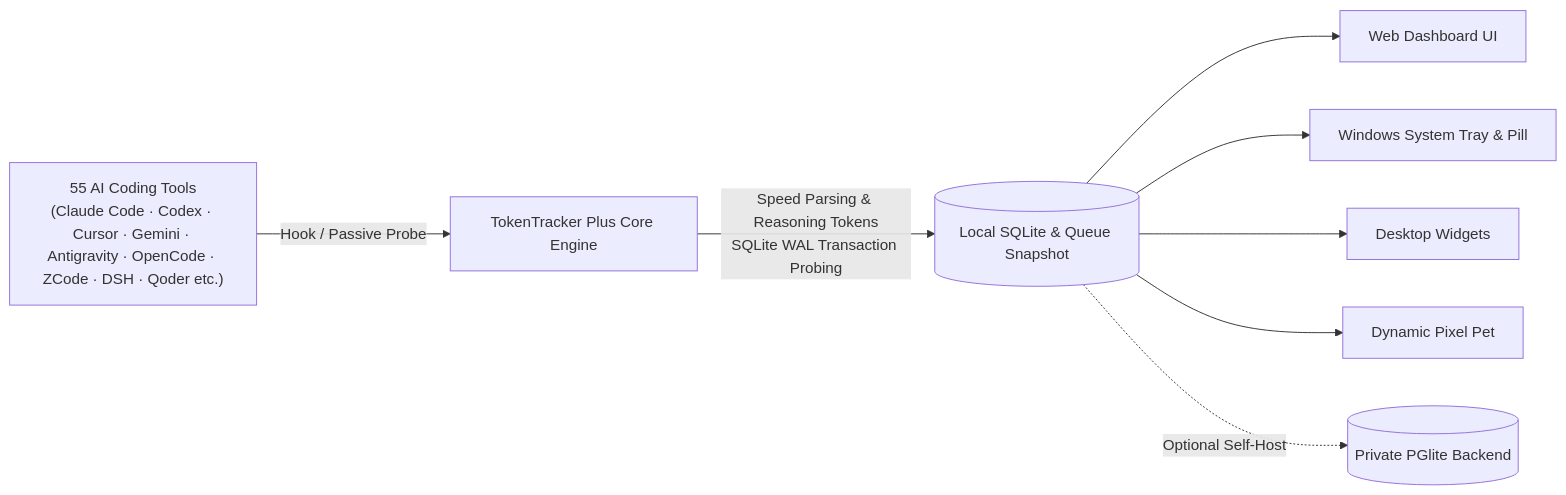
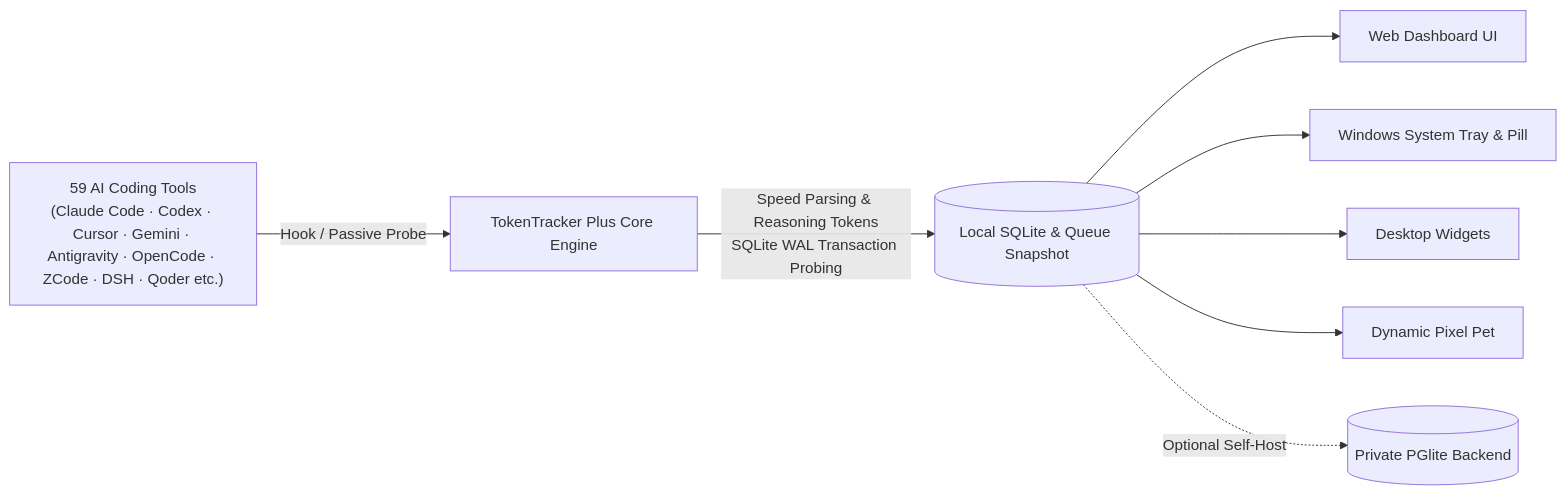
The diagram in README.en.md (01UNCLEDOG01/TokenTracker-Plus), drawn with Mermaid before and after one commit. The commit also changed other lines of this file and 24 other files, not shown here.

````diff
--- a/README.en.md
+++ b/README.en.md
@@ -260,10 +264,10 @@
 ```mermaid
 flowchart LR
-    A["55 AI Coding Tools<br/>(Claude Code · Codex · Cursor · Gemini · Antigravity · OpenCode · ZCode · DSH · Qoder etc.)"] -->|Hook / Passive Probe| B[TokenTracker Plus Core Engine]
+    A["59 AI Coding Tools<br/>(Claude Code · Codex · Cursor · Gemini · Antigravity · OpenCode · ZCode · DSH · Qoder etc.)"] -->|Hook / Passive Probe| B[TokenTracker Plus Core Engine]
     B -->|Speed Parsing & Reasoning Tokens<br/>SQLite WAL Transaction Probing| C[(Local SQLite & Queue Snapshot)]
     C --> D[Web Dashboard UI]
     C --> E[Windows System Tray & Pill]
     C --> F[Desktop Widgets]
     C --> G[Dynamic Pixel Pet]
     C -.->|Optional Self-Host| H[(Private PGlite Backend)]
 ```
````
